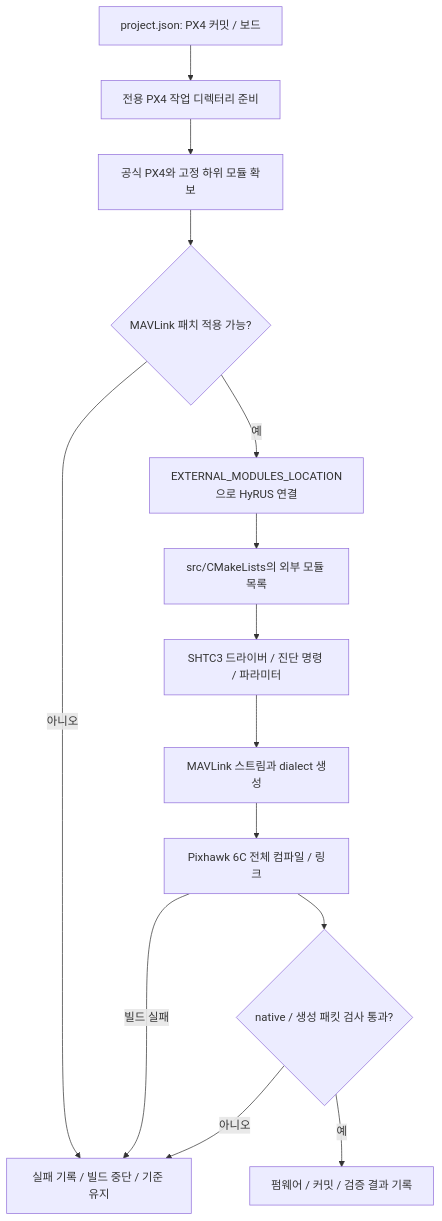
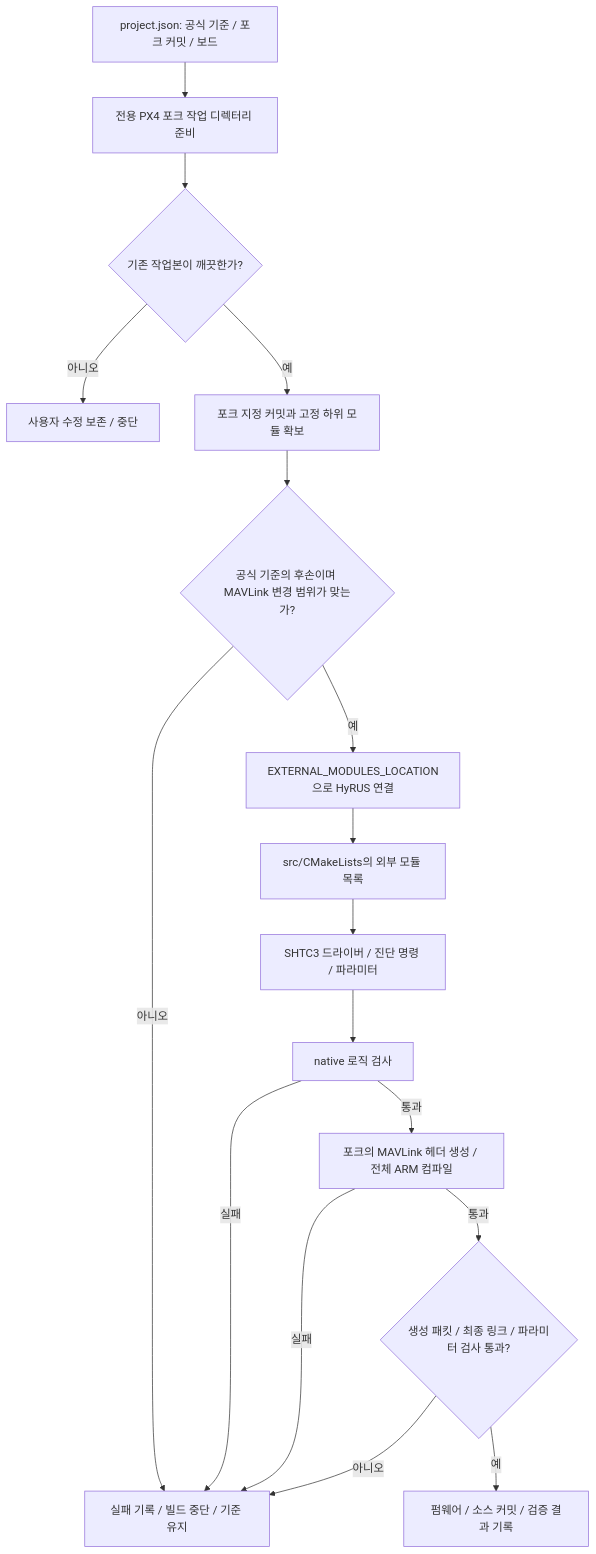
Before and after one commit to VIPSfef/HyRUS_EnvData_Px4: the first of 3 diagrams in docs/architecture.md, drawn with Mermaid. The commit also changed other lines of this file and 19 other files, not shown here.

````diff
--- a/docs/architecture.md
+++ b/docs/architecture.md
@@ -20,16 +21,19 @@
 ```mermaid
 flowchart TD
-    C[project.json: PX4 커밋 / 보드] --> P[전용 PX4 작업 디렉터리 준비]
-    P --> G[공식 PX4와 고정 하위 모듈 확보]
-    G --> A{MAVLink 패치 적용 가능?}
+    C[project.json: 공식 기준 / 포크 커밋 / 보드] --> P[전용 PX4 포크 작업 디렉터리 준비]
+    P --> CLEAN{기존 작업본이 깨끗한가?}
+    CLEAN -->|아니오| KEEP[사용자 수정 보존 / 중단]
+    CLEAN -->|예| G[포크 지정 커밋과 고정 하위 모듈 확보]
+    G --> A{공식 기준의 후손이며 MAVLink 변경 범위가 맞는가?}
     A -->|아니오| E[실패 기록 / 빌드 중단 / 기준 유지]
     A -->|예| X[EXTERNAL_MODULES_LOCATION으로 HyRUS 연결]
     X --> L[src/CMakeLists의 외부 모듈 목록]
     L --> D[SHTC3 드라이버 / 진단 명령 / 파라미터]
-    D --> M[MAVLink 스트림과 dialect 생성]
-    M --> B[Pixhawk 6C 전체 컴파일 / 링크]
-    B --> T{native / 생성 패킷 검사 통과?}
-    B -->|빌드 실패| E
+    D --> N[native 로직 검사]
+    N -->|실패| E
+    N -->|통과| M[포크의 MAVLink 헤더 생성 / 전체 ARM 컴파일]
+    M -->|실패| E
+    M -->|통과| T{생성 패킷 / 최종 링크 / 파라미터 검사 통과?}
     T -->|아니오| E
-    T -->|예| F[펌웨어 / 커밋 / 검증 결과 기록]
+    T -->|예| F[펌웨어 / 소스 커밋 / 검증 결과 기록]
 ```
````
